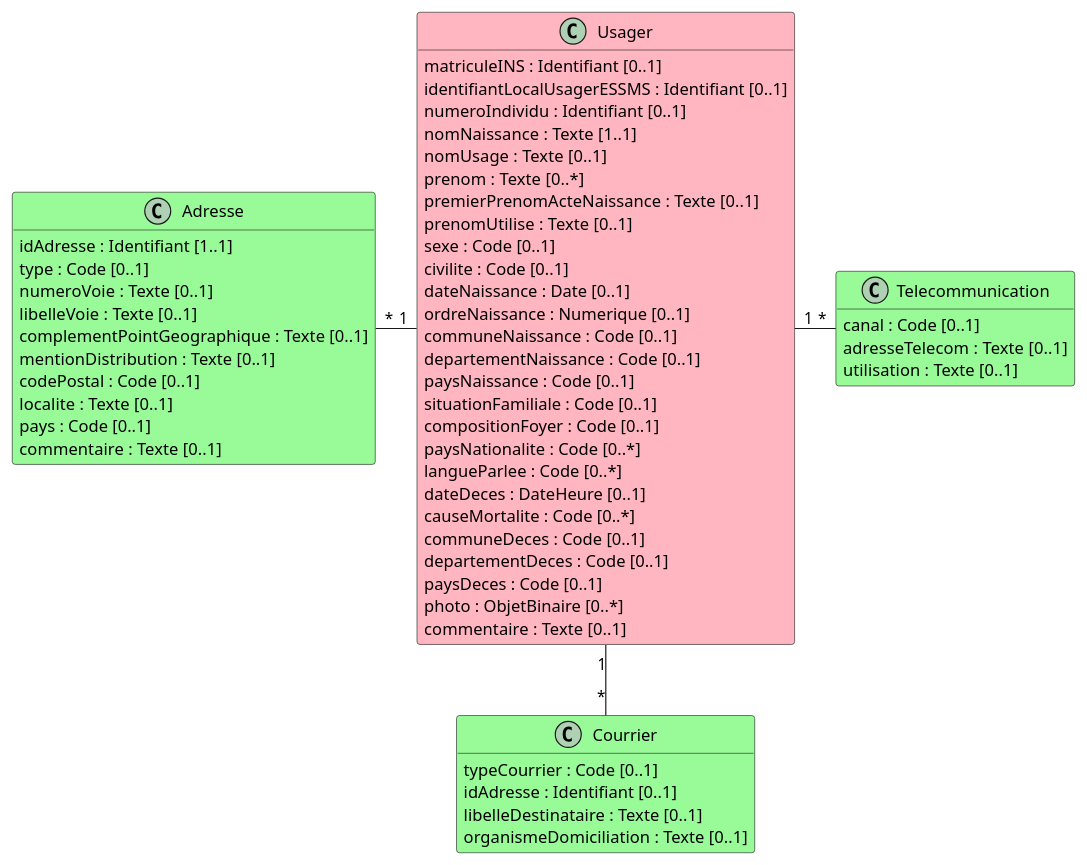
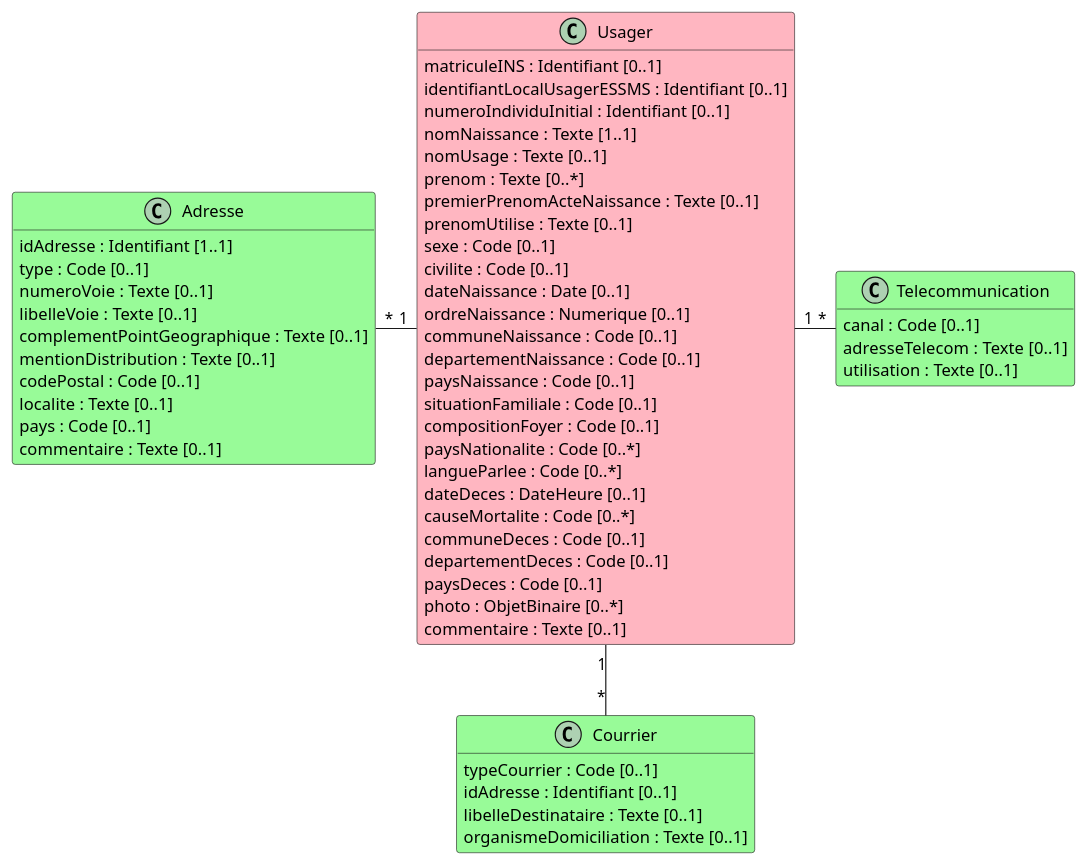
The diagram in input/images-source/bloc_identification_coordonnees.plantuml (ansforge/IG-fhir-transfert-donnees-dui-esms), drawn with PlantUML before and after one commit.

```diff
--- a/input/images-source/bloc_identification_coordonnees.plantuml
+++ b/input/images-source/bloc_identification_coordonnees.plantuml
@@ -1,64 +1,64 @@
 @startuml
 
 hide empty methods
 
 class Usager #LightPink {
     matriculeINS : Identifiant [0..1]
     identifiantLocalUsagerESSMS : Identifiant [0..1]
-    numeroIndividu : Identifiant [0..1]
+    numeroIndividuInitial : Identifiant [0..1]
     nomNaissance : Texte [1..1]
     nomUsage : Texte [0..1]
     prenom : Texte [0..*]
     premierPrenomActeNaissance : Texte [0..1]
     prenomUtilise : Texte [0..1]
     sexe : Code [0..1]
     civilite : Code [0..1]
     dateNaissance : Date [0..1]
     ordreNaissance : Numerique [0..1]
     communeNaissance : Code [0..1]
     departementNaissance : Code [0..1]
     paysNaissance : Code [0..1]
     situationFamiliale : Code [0..1]
     compositionFoyer : Code [0..1]
     paysNationalite : Code [0..*]
     langueParlee : Code [0..*]
     dateDeces : DateHeure [0..1]
     causeMortalite : Code [0..*]
     communeDeces : Code [0..1]
     departementDeces : Code [0..1]
     paysDeces : Code [0..1]
     photo : ObjetBinaire [0..*]
     commentaire : Texte [0..1]
 }
 
 class Adresse #PaleGreen {
     idAdresse : Identifiant [1..1]
     type : Code [0..1]
     numeroVoie : Texte [0..1]
     libelleVoie : Texte [0..1]
     complementPointGeographique : Texte [0..1]
     mentionDistribution : Texte [0..1]
     codePostal : Code [0..1]
     localite : Texte [0..1]
     pays : Code [0..1]
     commentaire : Texte [0..1]
 }
 
 class Telecommunication #PaleGreen {
     canal : Code [0..1]
     adresseTelecom : Texte [0..1]
     utilisation : Texte [0..1]
 }
 
 class Courrier #PaleGreen {
     typeCourrier : Code [0..1]
     idAdresse : Identifiant [0..1]
     libelleDestinataire : Texte [0..1]
     organismeDomiciliation : Texte [0..1]
 }
 
 Adresse "*" - "1" Usager
 Usager "1" - "*" Telecommunication
 Usager "1" -- "*" Courrier
 
 @enduml
```
